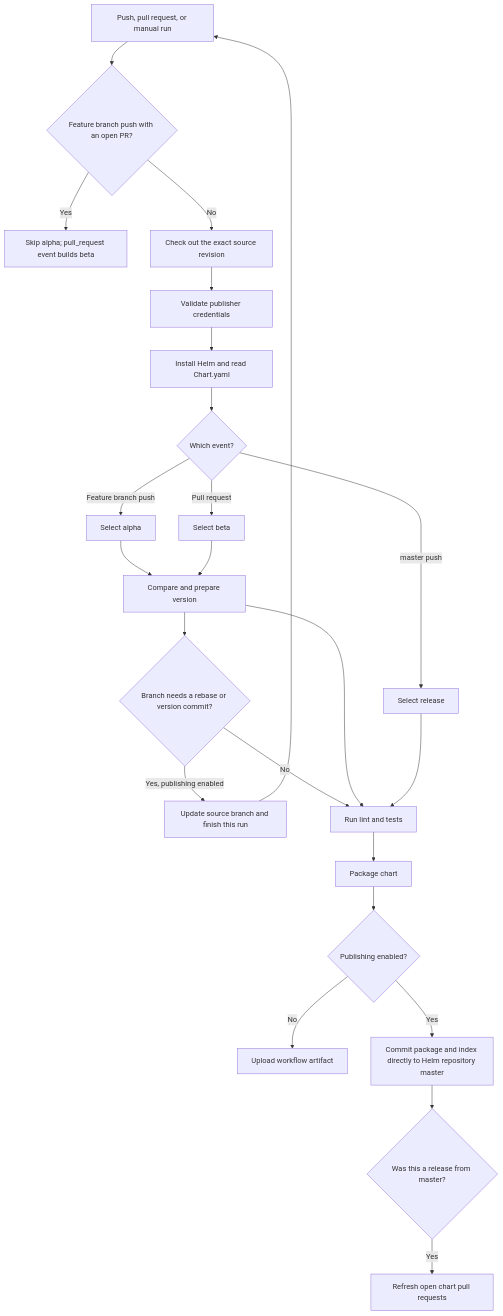
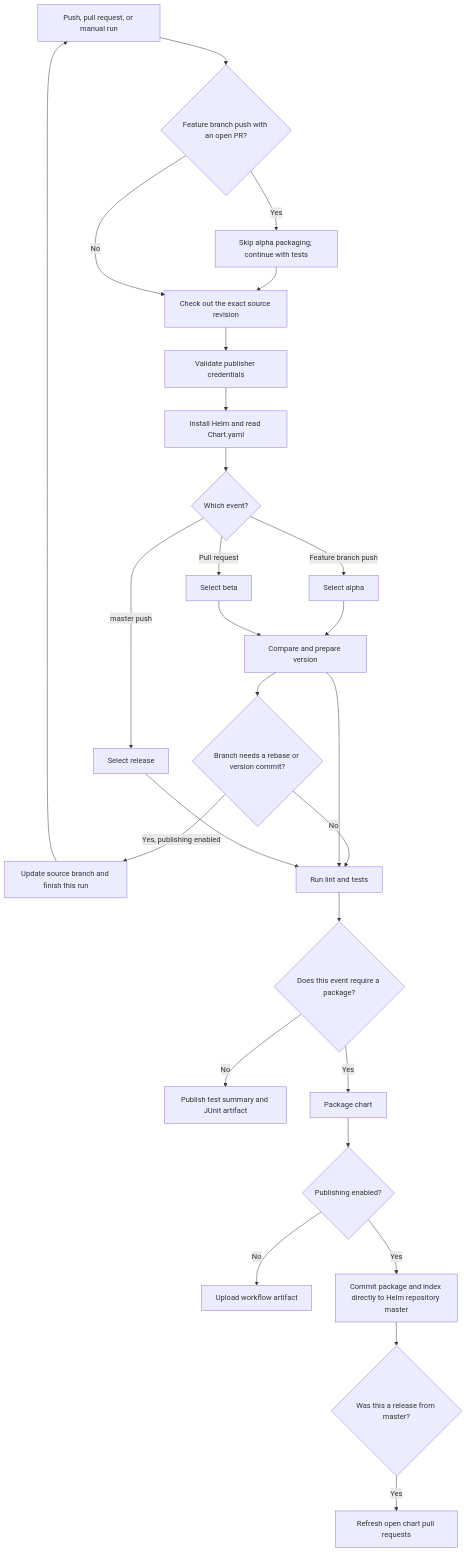
One commit to DEFRA/ffc-helm-library changed the diagram in GITHUB_ACTIONS_PIPELINE.md. Above: the diagram before and after it, drawn with Mermaid. The commit also changed other lines of this file and 13 other files, not shown here.

````diff
--- a/GITHUB_ACTIONS_PIPELINE.md
+++ b/GITHUB_ACTIONS_PIPELINE.md
@@ -53,26 +53,29 @@
 ```mermaid
 flowchart TD
     A[Push, pull request, or manual run] --> AA{Feature branch push with an open PR?}
-    AA -->|Yes| AB[Skip alpha; pull_request event builds beta]
+    AA -->|Yes| AB[Skip alpha packaging; continue with tests]
+    AB --> B
     AA -->|No| B[Check out the exact source revision]
     B --> C[Validate publisher credentials]
     C --> D[Install Helm and read Chart.yaml]
     D --> E{Which event?}
     E -->|Feature branch push| F[Select alpha]
     E -->|Pull request| G[Select beta]
     E -->|master push| H[Select release]
     F --> I[Compare and prepare version]
     G --> I
     I --> J{Branch needs a rebase or version commit?}
     J -->|Yes, publishing enabled| K[Update source branch and finish this run]
     K --> A
     J -->|No| L[Run lint and tests]
     I --> L
     H --> L
-    L --> M[Package chart]
+    L --> LA{Does this event require a package?}
+    LA -->|No| LB[Publish test summary and JUnit artifact]
+    LA -->|Yes| M[Package chart]
     M --> N{Publishing enabled?}
     N -->|No| O[Upload workflow artifact]
     N -->|Yes| P[Commit package and index directly to Helm repository master]
     P --> Q{Was this a release from master?}
     Q -->|Yes| R[Refresh open chart pull requests]
 ```
````
